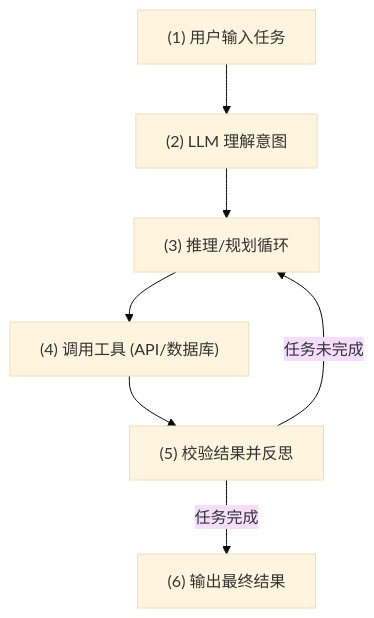
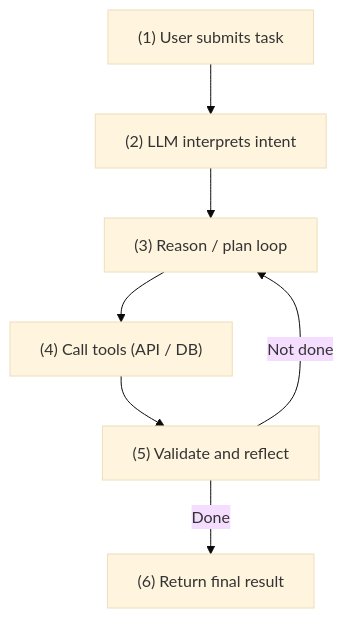
The diagram in content/post/2026-07-06-ultimate-llm-agent-build-guide.md (yrong/notes), drawn with Mermaid (base theme) before and after one commit. The commit also changed other lines of this file and 7 other files, not shown here.

````diff
--- a/content/post/2026-07-06-ultimate-llm-agent-build-guide.md
+++ b/content/post/2026-07-06-ultimate-llm-agent-build-guide.md
@@ -33,9 +32,9 @@
 ```mermaid
 graph TD
-    User["(1) 用户输入任务"] --> Interpret["(2) LLM 理解意图"]
-    Interpret --> Plan["(3) 推理/规划循环"]
-    Plan --> Tools["(4) 调用工具 (API/数据库)"]
-    Tools --> Check["(5) 校验结果并反思"]
-    Check -->|任务未完成| Plan
-    Check -->|任务完成| Finish["(6) 输出最终结果"]
+    User["(1) User submits task"] --> Interpret["(2) LLM interprets intent"]
+    Interpret --> Plan["(3) Reason / plan loop"]
+    Plan --> Tools["(4) Call tools (API / DB)"]
+    Tools --> Check["(5) Validate and reflect"]
+    Check -->|Not done| Plan
+    Check -->|Done| Finish["(6) Return final result"]
 ```
````
